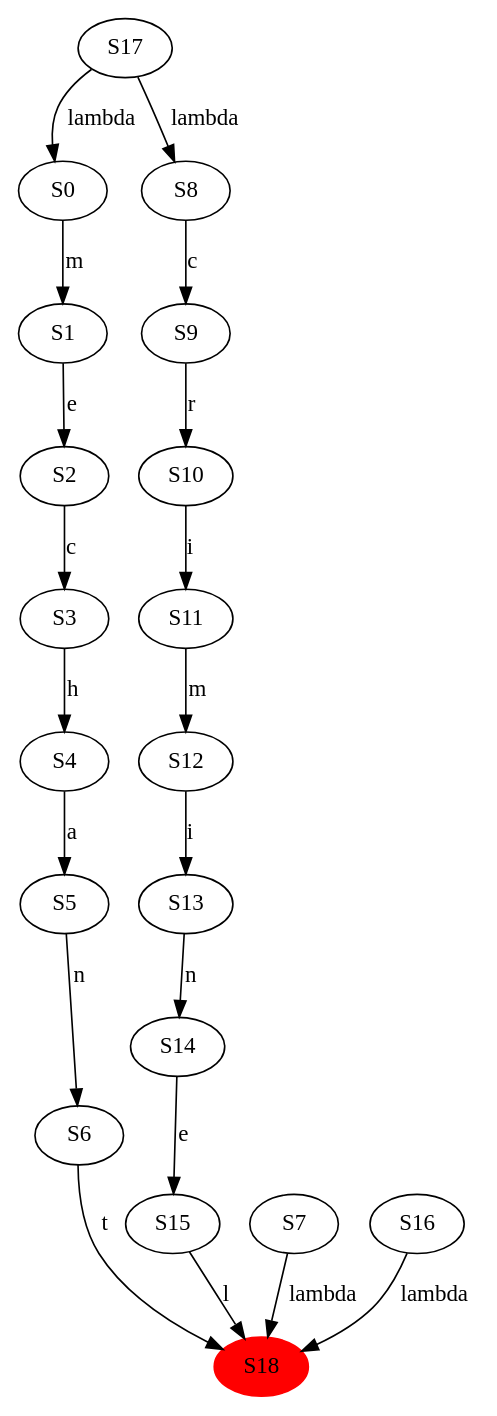
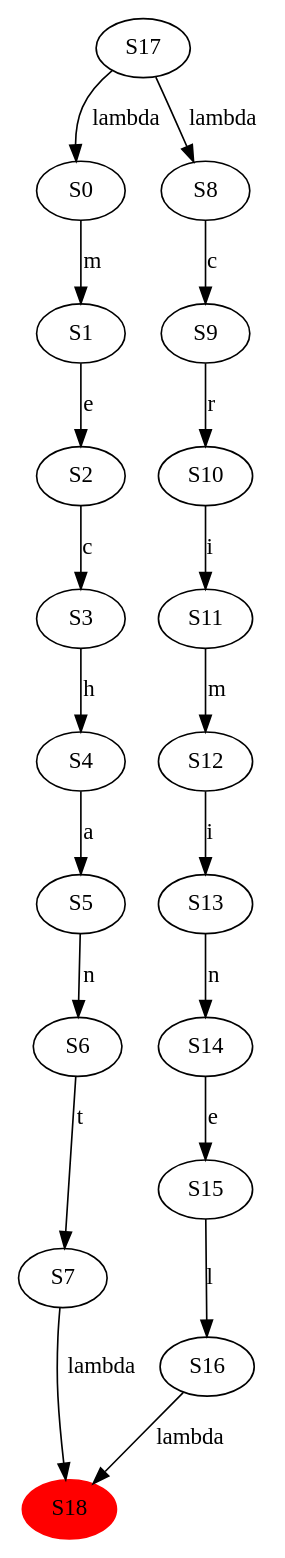
Before and after one commit to Adpa18/RushHell: the diagram in purgatory/etape6/merge.dot, drawn with Graphviz. The commit also changed 17 other files, not shown here.

```diff
--- a/purgatory/etape6/merge.dot
+++ b/purgatory/etape6/merge.dot
@@ -1,22 +1,22 @@
 digraph fsa {
   S17 -> S0 [label="lambda"];
   S17 -> S8 [label="lambda"];
-  S18 [style="filled" color="red"]
   S0 -> S1 [label="m"];
   S1 -> S2 [label="e"];
   S2 -> S3 [label="c"];
   S3 -> S4 [label="h"];
   S4 -> S5 [label="a"];
   S5 -> S6 [label="n"];
-  S6 -> S18 [label="t"];
+  S6 -> S7 [label="t"];
   S7 -> S18 [label="lambda"];
   S8 -> S9 [label="c"];
   S9 -> S10 [label="r"];
   S10 -> S11 [label="i"];
   S11 -> S12 [label="m"];
   S12 -> S13 [label="i"];
   S13 -> S14 [label="n"];
   S14 -> S15 [label="e"];
-  S15 -> S18 [label="l"];
+  S15 -> S16 [label="l"];
   S16 -> S18 [label="lambda"];
+  S18 [style="filled" color="red"]
 }
```
